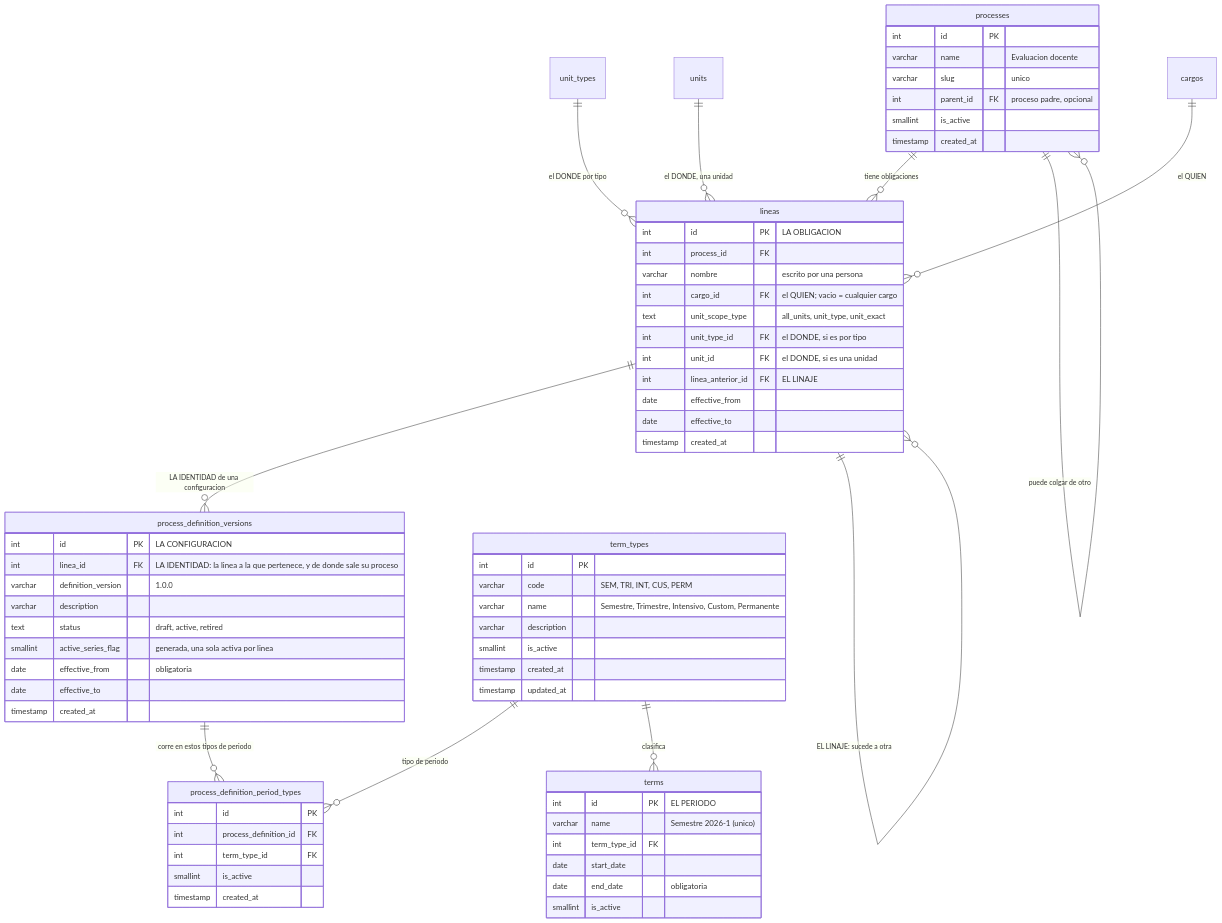
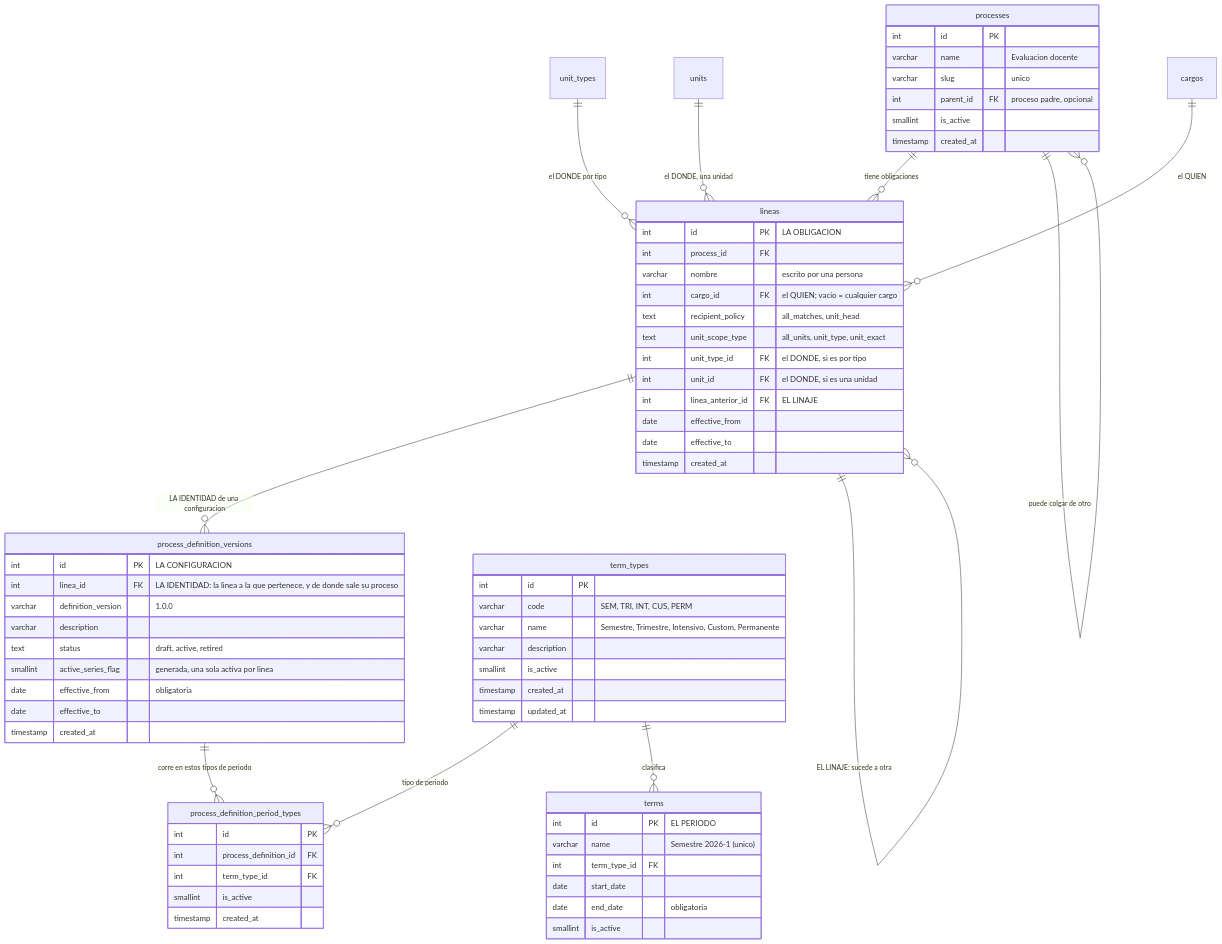
The diagram in docs/src/content/docs/modelo/proceso.md (fresvel/deasy), drawn with Mermaid before and after one commit. The commit also changed other lines of this file and 56 other files, not shown here.

````diff
--- a/docs/src/content/docs/modelo/proceso.md
+++ b/docs/src/content/docs/modelo/proceso.md
@@ -153,70 +159,71 @@
 ```mermaid
 erDiagram
   processes ||--o{ lineas : "tiene obligaciones"
   processes ||--o{ processes : "puede colgar de otro"
   lineas ||--o{ process_definition_versions : "LA IDENTIDAD de una configuracion"
   lineas ||--o{ lineas : "EL LINAJE: sucede a otra"
   unit_types ||--o{ lineas : "el DONDE por tipo"
   units ||--o{ lineas : "el DONDE, una unidad"
   cargos ||--o{ lineas : "el QUIEN"
   process_definition_versions ||--o{ process_definition_period_types : "corre en estos tipos de periodo"
   term_types ||--o{ process_definition_period_types : "tipo de periodo"
   term_types ||--o{ terms : "clasifica"
 
   processes {
     int id PK
     varchar name "Evaluacion docente"
     varchar slug "unico"
     int parent_id FK "proceso padre, opcional"
     smallint is_active
     timestamp created_at
   }
   lineas {
     int id PK "LA OBLIGACION"
     int process_id FK
     varchar nombre "escrito por una persona"
     int cargo_id FK "el QUIEN; vacio = cualquier cargo"
+    text recipient_policy "all_matches, unit_head"
     text unit_scope_type "all_units, unit_type, unit_exact"
     int unit_type_id FK "el DONDE, si es por tipo"
     int unit_id FK "el DONDE, si es una unidad"
     int linea_anterior_id FK "EL LINAJE"
     date effective_from
     date effective_to
     timestamp created_at
   }
   process_definition_versions {
     int id PK "LA CONFIGURACION"
     int linea_id FK "LA IDENTIDAD: la linea a la que pertenece, y de donde sale su proceso"
     varchar definition_version "1.0.0"
     varchar description
     text status "draft, active, retired"
     smallint active_series_flag "generada, una sola activa por linea"
     date effective_from "obligatoria"
     date effective_to
     timestamp created_at
   }
   process_definition_period_types {
     int id PK
     int process_definition_id FK
     int term_type_id FK
     smallint is_active
     timestamp created_at
   }
   term_types {
     int id PK
     varchar code "SEM, TRI, INT, CUS, PERM"
     varchar name "Semestre, Trimestre, Intensivo, Custom, Permanente"
     varchar description
     smallint is_active
     timestamp created_at
     timestamp updated_at
   }
   terms {
     int id PK "EL PERIODO"
     varchar name "Semestre 2026-1 (unico)"
     int term_type_id FK
     date start_date
     date end_date "obligatoria"
     smallint is_active
   }
 ```
````
